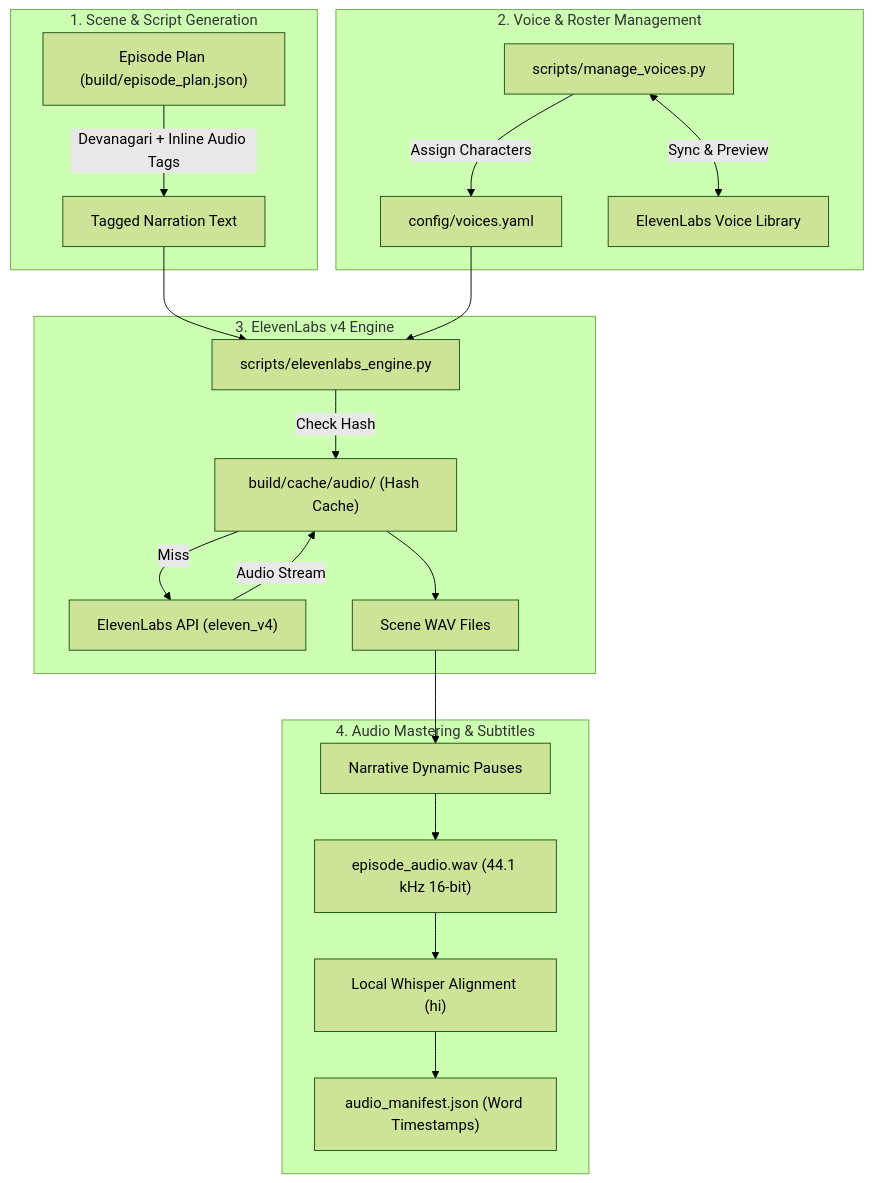
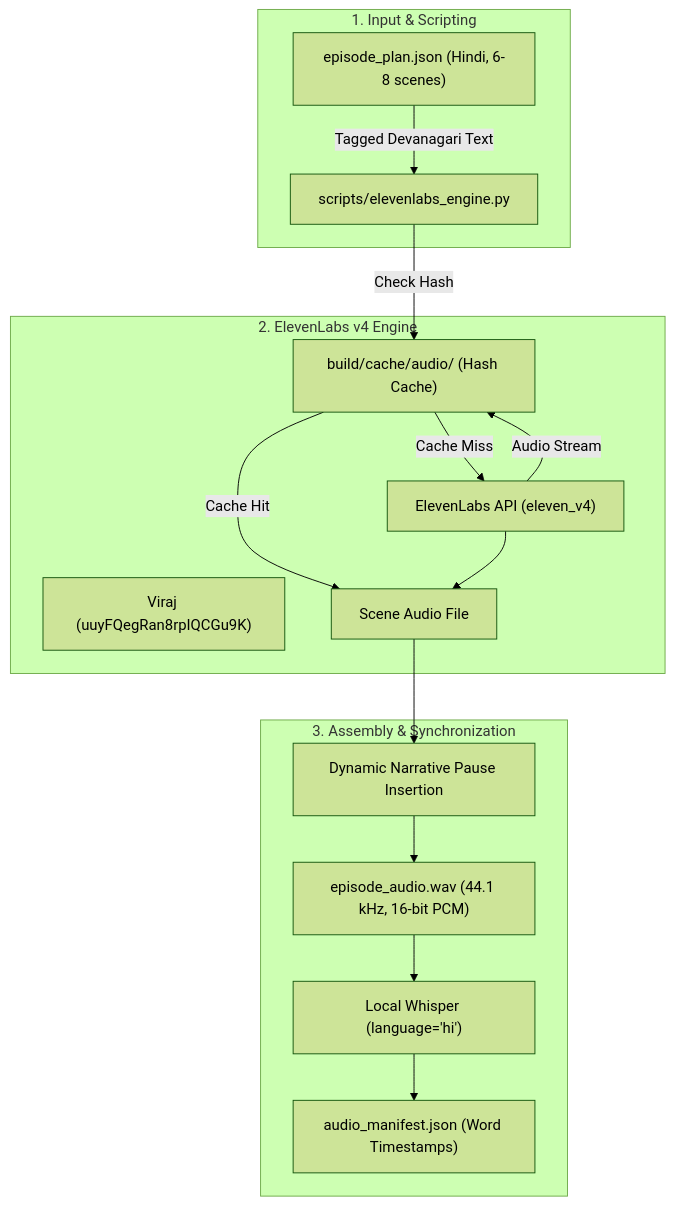
Before and after one commit to manishborikar92/Sutradhar: the first of 2 diagrams in docs/hindi-voice-engine-development-plan.md, drawn with Mermaid (forest theme). The commit also changed other lines of this file and 1 other file, not shown here.

First line of the commit message:
docs(prompts,plans): Establish Single Master Storyteller paradigm with Viraj as sole voice

````diff
--- a/docs/hindi-voice-engine-development-plan.md
+++ b/docs/hindi-voice-engine-development-plan.md
@@ -21,34 +136,27 @@
 ```mermaid
 flowchart TD
-    subgraph Planning ["1. Scene & Script Generation"]
-        P["Episode Plan (build/episode_plan.json)"]
-        P -->|Devanagari + Inline Audio Tags| T["Tagged Narration Text"]
+    subgraph Input ["1. Input & Scripting"]
+        EP["episode_plan.json (Hindi, 6-8 scenes)"]
+        EP -->|Tagged Devanagari Text| STAGES
     end
 
-    subgraph Config ["2. Voice & Roster Management"]
-        VY["config/voices.yaml"]
-        CLI["scripts/manage_voices.py"]
-        CLI <-->|Sync & Preview| EL_LIB["ElevenLabs Voice Library"]
-        CLI -->|Assign Characters| VY
-    end
-
-    subgraph Engine ["3. ElevenLabs v4 Engine"]
-        E["scripts/elevenlabs_engine.py"]
+    subgraph Engine ["2. ElevenLabs v4 Engine"]
+        STAGES["scripts/elevenlabs_engine.py"]
+        VC["Viraj (uuyFQegRan8rpIQCGu9K)"]
         CACHE["build/cache/audio/ (Hash Cache)"]
         API["ElevenLabs API (eleven_v4)"]
         
-        T --> E
-        VY --> E
-        E -->|Check Hash| CACHE
-        CACHE -->|Miss| API
+        STAGES -->|Check Hash| CACHE
+        CACHE -->|Cache Hit| SCENE_WAV["Scene Audio File"]
+        CACHE -->|Cache Miss| API
         API -->|Audio Stream| CACHE
-        CACHE --> SCENE_AUDIO["Scene WAV Files"]
+        API --> SCENE_WAV
     end
 
-    subgraph Assembly ["4. Audio Mastering & Subtitles"]
-        SCENE_AUDIO --> PAUSES["Narrative Dynamic Pauses"]
-        PAUSES --> MASTER["episode_audio.wav (44.1 kHz 16-bit)"]
-        MASTER --> WHISPER["Local Whisper Alignment (hi)"]
+    subgraph Assembly ["3. Assembly & Synchronization"]
+        SCENE_WAV --> PAUSES["Dynamic Narrative Pause Insertion"]
+        PAUSES --> MASTER["episode_audio.wav (44.1 kHz, 16-bit PCM)"]
+        MASTER --> WHISPER["Local Whisper (language='hi')"]
         WHISPER --> MANIFEST["audio_manifest.json (Word Timestamps)"]
     end
 ```
````
